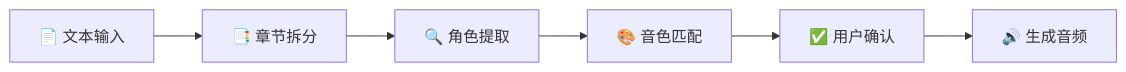
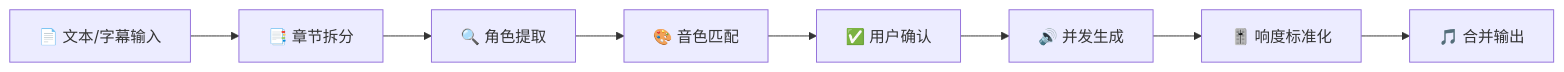
The diagram in README.md (jangviktor-web/novel2voice), drawn with Mermaid before and after one commit. The commit also changed other lines of this file, not shown here.

````diff
--- a/README.md
+++ b/README.md
@@ -180,8 +252,10 @@
 ```mermaid
 graph LR
-    A[📄 文本输入] --> B[📑 章节拆分]
+    A[📄 文本/字幕输入] --> B[📑 章节拆分]
     B --> C[🔍 角色提取]
     C --> D[🎨 音色匹配]
     D --> E[✅ 用户确认]
-    E --> F[🔊 生成音频]
+    E --> F[🔊 并发生成]
+    F --> G[🎚️ 响度标准化]
+    G --> H[🎵 合并输出]
 ```
````
